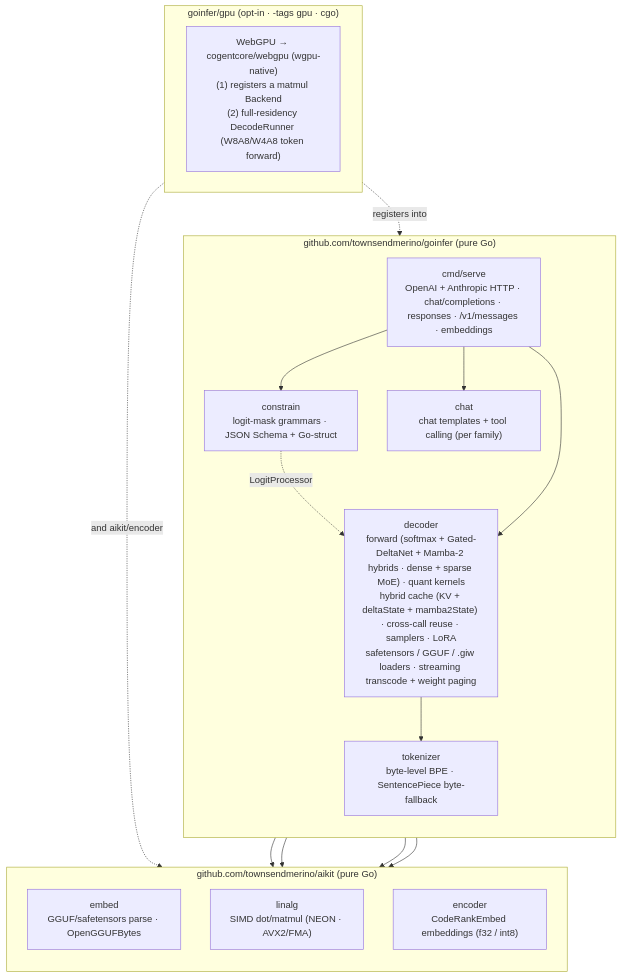
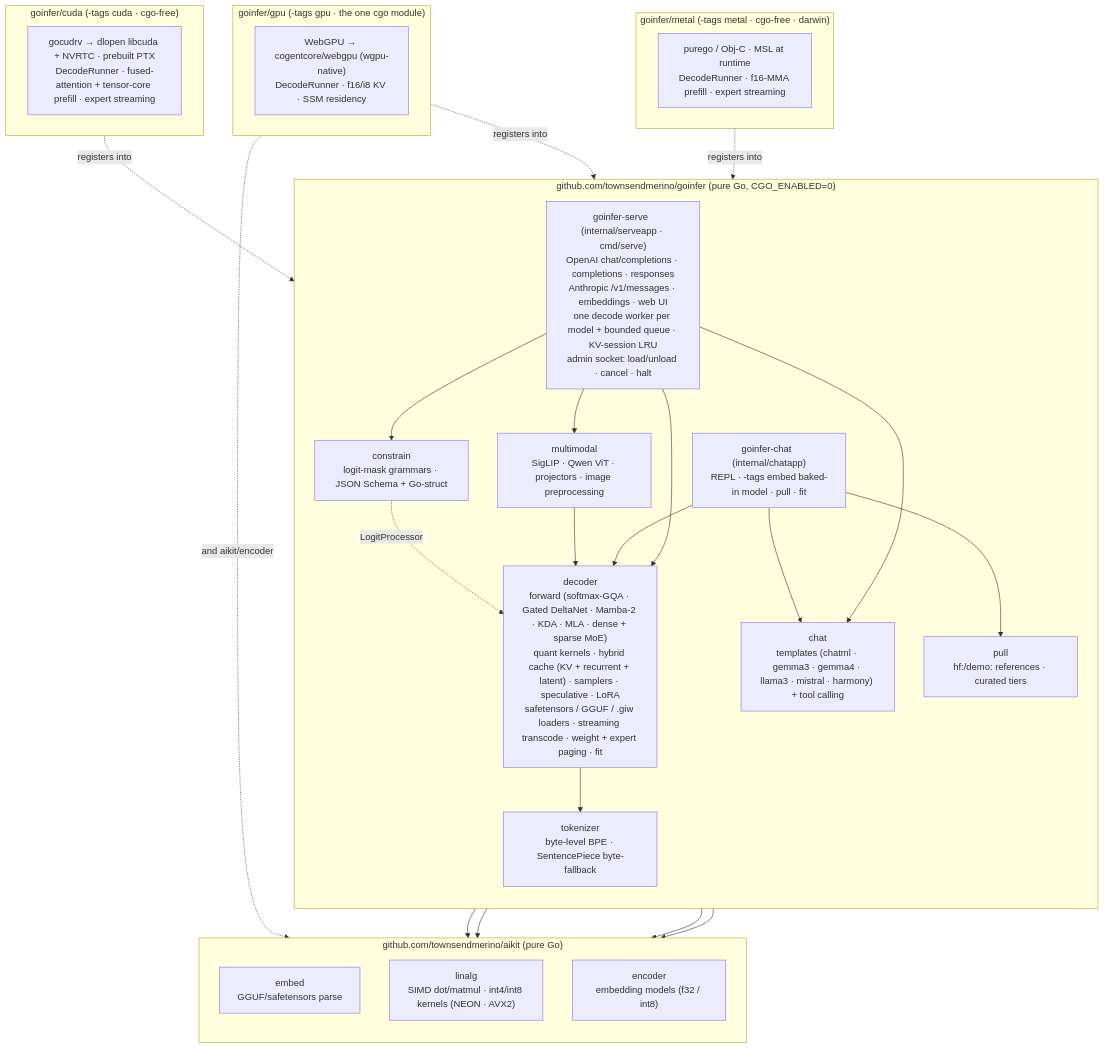
One commit to townsendmerino/goinfer changed the third of 3 diagrams in docs/ARCHITECTURE.md. Above: the diagram before and after it, drawn with Mermaid. The commit also changed other lines of this file and 1 other file, not shown here.

First line of the commit message:
docs: rewrite ARCHITECTURE.md for v0.17.2's three backends and 36-family registry

````diff
--- a/docs/ARCHITECTURE.md
+++ b/docs/ARCHITECTURE.md
@@ -204,34 +236,50 @@
 ```mermaid
 flowchart TB
-  subgraph GOINFER["github.com/townsendmerino/goinfer  (pure Go)"]
+  subgraph GOINFER["github.com/townsendmerino/goinfer  (pure Go, CGO_ENABLED=0)"]
     direction TB
-    DEC["decoder<br/>forward (softmax + Gated-DeltaNet + Mamba-2 hybrids · dense + sparse MoE) · quant kernels<br/>hybrid cache (KV + deltaState + mamba2State) · cross-call reuse · samplers · LoRA<br/>safetensors / GGUF / .giw loaders · streaming transcode + weight paging"]
+    DEC["decoder<br/>forward (softmax-GQA · Gated DeltaNet · Mamba-2 · KDA · MLA · dense + sparse MoE)<br/>quant kernels · hybrid cache (KV + recurrent + latent) · samplers · speculative · LoRA<br/>safetensors / GGUF / .giw loaders · streaming transcode · weight + expert paging · fit"]
     TKN["tokenizer<br/>byte-level BPE · SentencePiece byte-fallback"]
     CON["constrain<br/>logit-mask grammars · JSON Schema + Go-struct"]
-    CHT["chat<br/>chat templates + tool calling (per family)"]
-    SRV["cmd/serve<br/>OpenAI + Anthropic HTTP · chat/completions · responses · /v1/messages · embeddings"]
+    CHT["chat<br/>templates (chatml · gemma3 · gemma4 · llama3 · mistral · harmony) + tool calling"]
+    MM["multimodal<br/>SigLIP · Qwen ViT · projectors · image preprocessing"]
+    PULL["pull<br/>hf:/demo: references · curated tiers"]
+    CHAT["goinfer-chat  (internal/chatapp)<br/>REPL · -tags embed baked-in model · pull · fit"]
+    SRV["goinfer-serve  (internal/serveapp · cmd/serve)<br/>OpenAI chat/completions · completions · responses<br/>Anthropic /v1/messages · embeddings · web UI<br/>one decode worker per model + bounded queue · KV-session LRU<br/>admin socket: load/unload · cancel · halt"]
     DEC --> TKN
     CON -. "LogitProcessor" .-> DEC
+    MM --> DEC
+    CHAT --> DEC
+    CHAT --> CHT
+    CHAT --> PULL
     SRV --> DEC
     SRV --> CHT
     SRV --> CON
+    SRV --> MM
   end
 
   subgraph AIKIT["github.com/townsendmerino/aikit  (pure Go)"]
     direction TB
-    EMBP["embed<br/>GGUF/safetensors parse · OpenGGUFBytes"]
-    LIN["linalg<br/>SIMD dot/matmul (NEON · AVX2/FMA)"]
-    ENC["encoder<br/>CodeRankEmbed embeddings (f32 / int8)"]
+    EMBP["embed<br/>GGUF/safetensors parse"]
+    LIN["linalg<br/>SIMD dot/matmul · int4/int8 kernels (NEON · AVX2)"]
+    ENC["encoder<br/>embedding models (f32 / int8)"]
   end
 
   DEC --> EMBP
   DEC --> LIN
   TKN --> EMBP
   SRV --> ENC
 
-  subgraph GPU["goinfer/gpu  (opt-in · -tags gpu · cgo)"]
-    WG["WebGPU → cogentcore/webgpu (wgpu-native)<br/>(1) registers a matmul Backend<br/>(2) full-residency DecodeRunner (W8A8/W4A8 token forward)"]
+  subgraph CUDA["goinfer/cuda  (-tags cuda · cgo-free)"]
+    CU["gocudrv → dlopen libcuda + NVRTC · prebuilt PTX<br/>DecodeRunner · fused-attention + tensor-core prefill · expert streaming"]
   end
+  subgraph METAL["goinfer/metal  (-tags metal · cgo-free · darwin)"]
+    MT["purego / Obj-C · MSL at runtime<br/>DecodeRunner · f16-MMA prefill · expert streaming"]
+  end
+  subgraph GPU["goinfer/gpu  (-tags gpu · the one cgo module)"]
+    WG["WebGPU → cogentcore/webgpu (wgpu-native)<br/>DecodeRunner · f16/i8 KV · SSM residency"]
+  end
+  CUDA -. "registers into" .-> DEC
+  METAL -. "registers into" .-> DEC
   GPU -. "registers into" .-> DEC
   GPU -. "and aikit/encoder" .-> AIKIT
 ```
````
